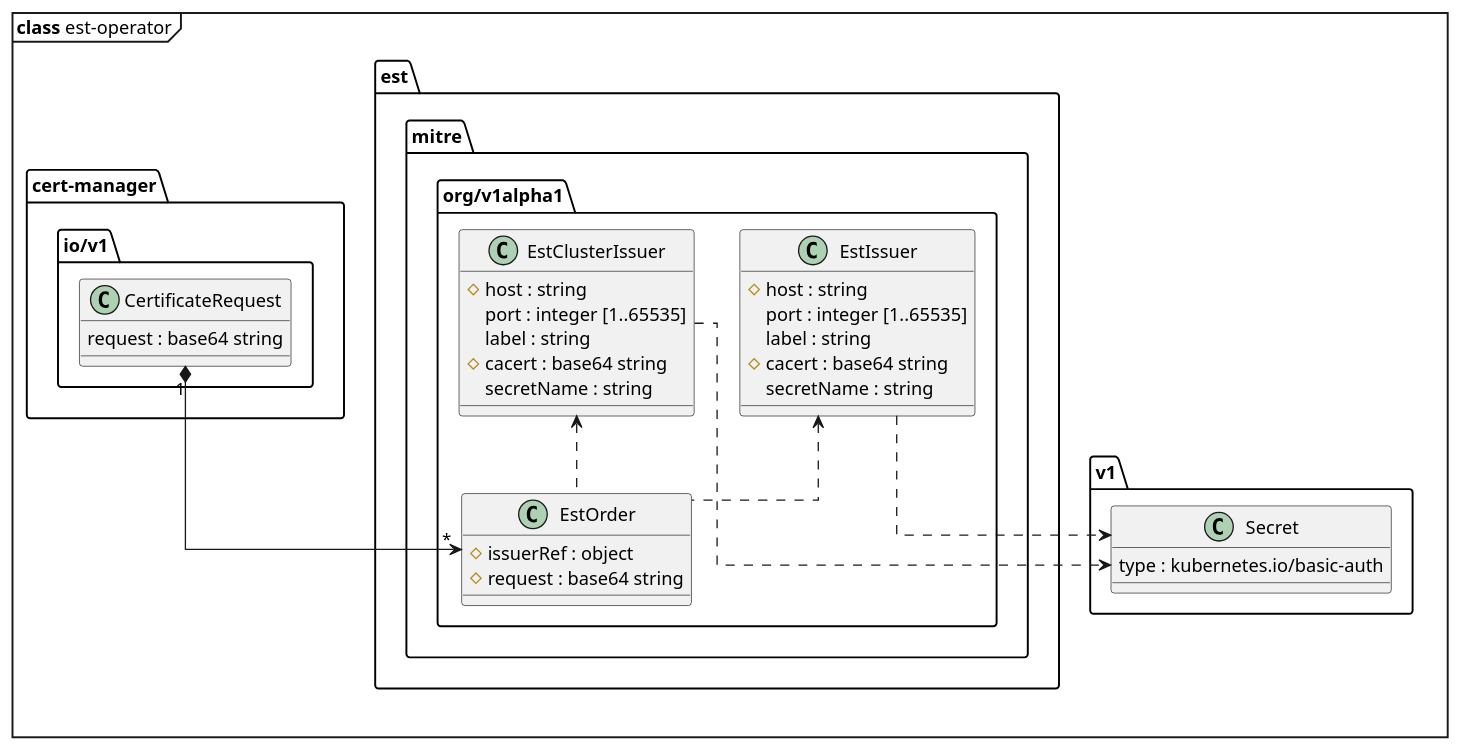
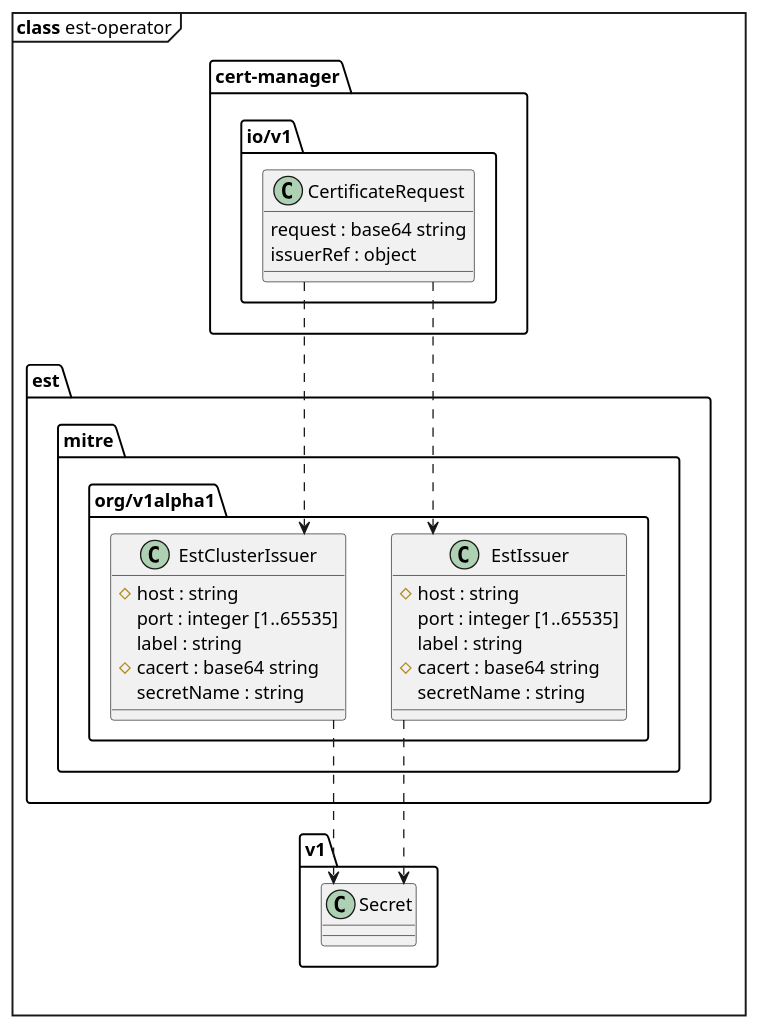
One commit to mitre/est-operator changed the first of 5 diagrams in docs/DESIGN.org. Above: the diagram before and after it, drawn with PlantUML. The commit also changed other lines of this file and 27 other files, not shown here.

```diff
--- a/docs/DESIGN.org
+++ b/docs/DESIGN.org
@@ -14,40 +15,39 @@
 #+BEGIN_SRC plantuml :file images/classes.png :cache yes :results drawer :post caption_wrap("~est-operator~ resources", *this*)
 skinparam linetype ortho
 mainframe **class** est-operator
 package "est.mitre.org/v1alpha1" {
+
     class EstIssuer {
         #host : string
         port : integer [1..65535]
         label : string
         #cacert : base64 string
         secretName : string
     }
-    class EstClusterIssuer {
+
+        class EstClusterIssuer {
         #host : string
         port : integer [1..65535]
         label : string
         #cacert : base64 string
         secretName : string
     }
-    class EstOrder {
-        #issuerRef : object
-        #request : base64 string
+}
+
+package "cert-manager.io/v1" {
+    class CertificateRequest {
+        request : base64 string
+        issuerRef : object
     }
 }
-package "cert-manager.io/v1" {
-    class CertificateRequest {
-        request : base64 string    
+
+package v1 {
+    class Secret {
     }
 }
-   
-package v1 {
-    class Secret {
-        type : kubernetes.io/basic-auth    
-    }
-}
-CertificateRequest "1" *--> "*" EstOrder
-EstIssuer <.. EstOrder 
-EstClusterIssuer <.. EstOrder 
-EstIssuer ..> Secret 
-EstClusterIssuer ..> Secret 
+
+EstIssuer ..> Secret
+EstClusterIssuer ..> Secret
+CertificateRequest ..> EstIssuer
+CertificateRequest ..> EstClusterIssuer
 #+END_SRC
```
